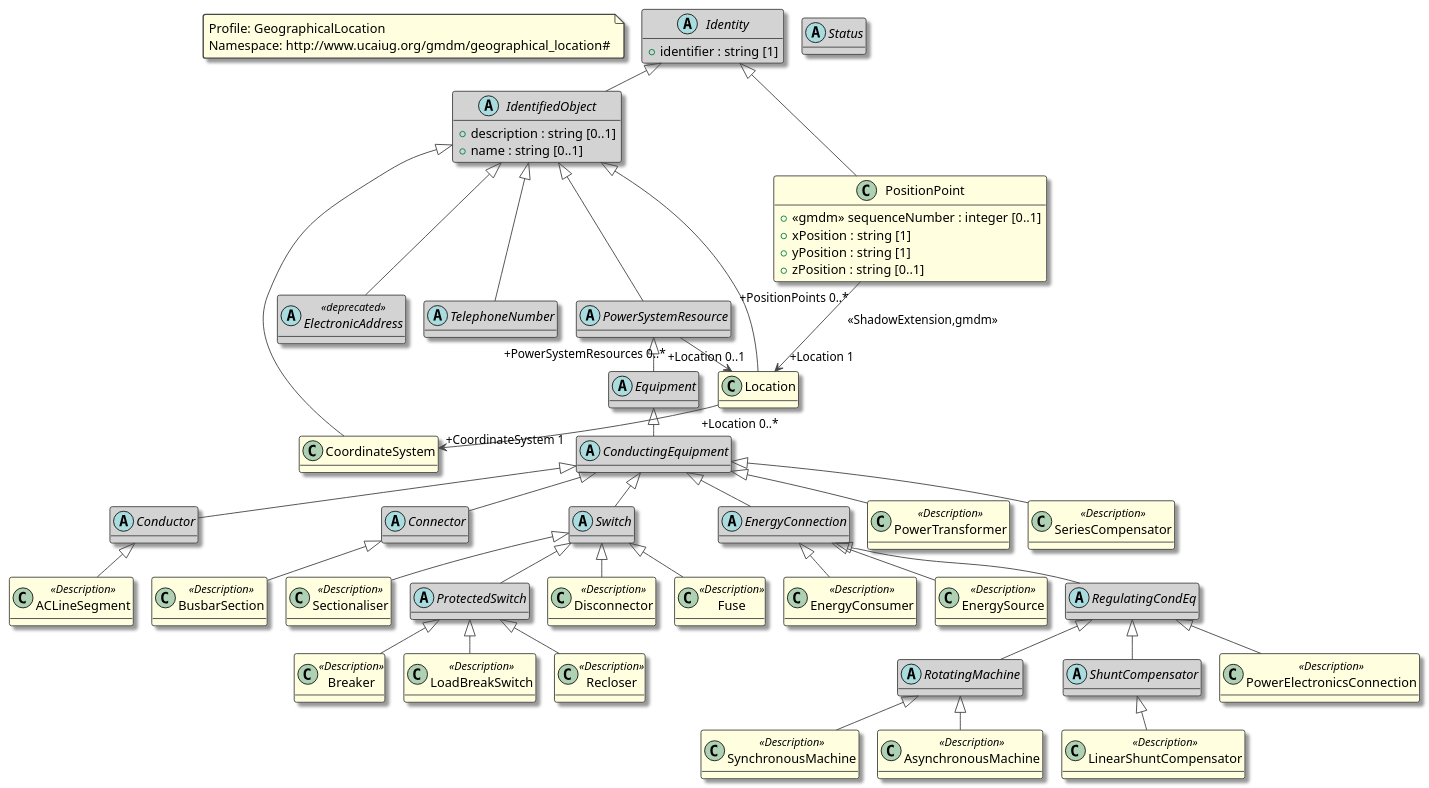
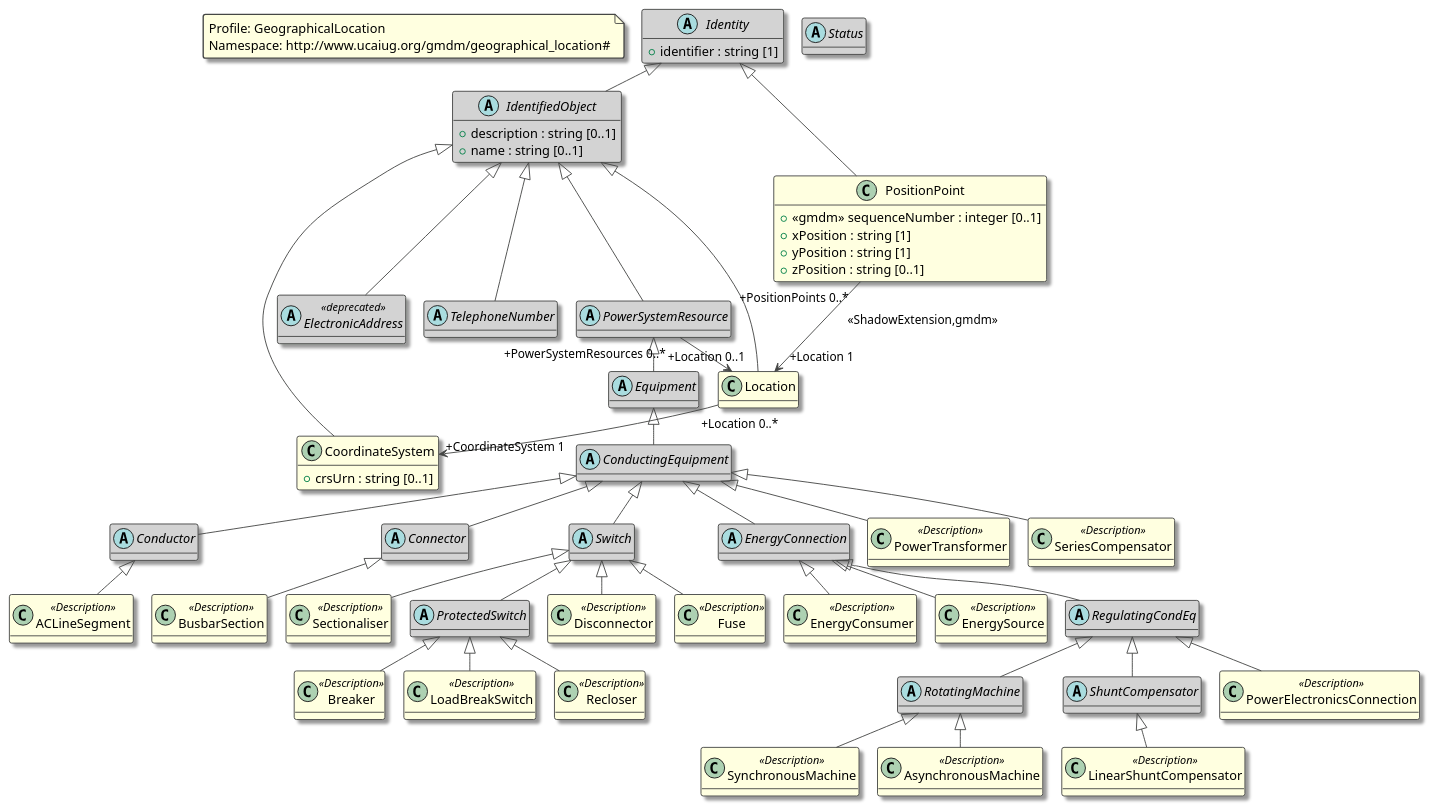
The diagram in profile_artifacts/GeographicalLocation/GeographicalLocation.rdfs-t2b.puml (epri-dev/GMDM-IOP), drawn with PlantUML before and after one commit. The commit also changed 8 other files, not shown here.

Commit message:
Adding crsUrn to GL profile

```diff
--- a/profile_artifacts/GeographicalLocation/GeographicalLocation.rdfs-t2b.puml
+++ b/profile_artifacts/GeographicalLocation/GeographicalLocation.rdfs-t2b.puml
@@ -141,6 +141,7 @@
 
 ' CoordinateSystem inherits from IdentifiedObject
 class CoordinateSystem   {
+   +crsUrn : string [0..1]
 }
 
 IdentifiedObject <|-- CoordinateSystem
```
